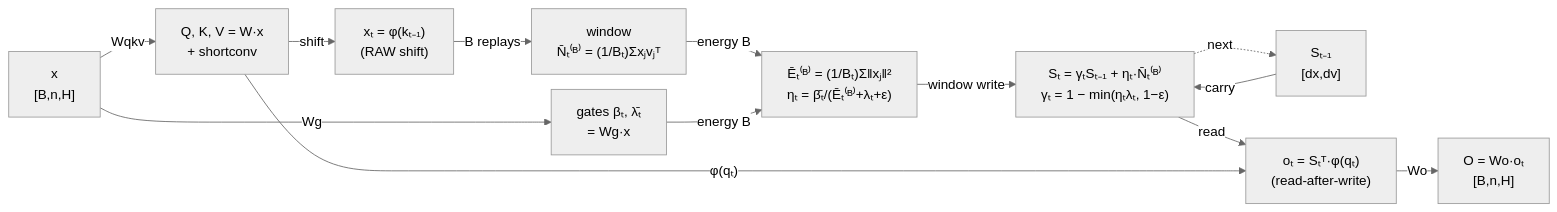
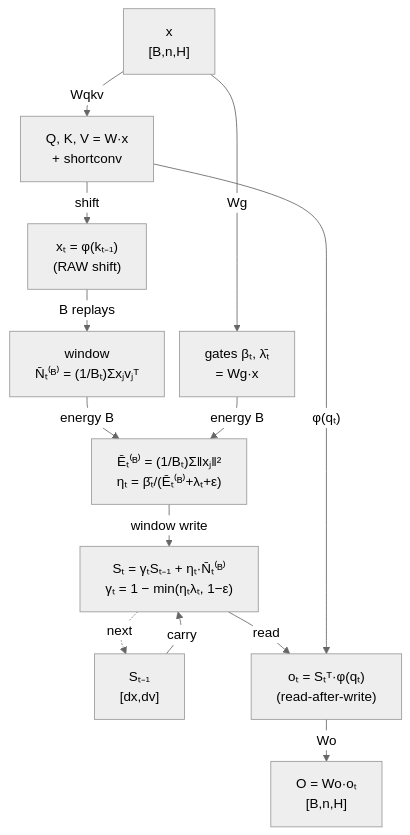
One commit to erickfmm/frankenstein-transformer changed the diagram in docs/paper/figures/mixers/falcon3a.mmd. Above: the diagram before and after it, drawn with Mermaid. The commit also changed 129 other files, not shown here.

First line of the commit message:
docs(paper): render figures top-down and enlarge figure height

```diff
--- a/docs/paper/figures/mixers/falcon3a.mmd
+++ b/docs/paper/figures/mixers/falcon3a.mmd
@@ -1,25 +1,25 @@
-%%{init: {"theme":"neutral","flowchart":{"curve":"basis","nodeSpacing":18,"rankSpacing":26}}}%%
-flowchart LR
+%%{init: {"theme":"neutral","flowchart":{"curve":"basis","nodeSpacing":18,"rankSpacing":26,"useMaxWidth":false}}}%%
+flowchart TD
   x["x<br/>[B,n,H]"]
   qkv["Q, K, V = W·x<br/>+ shortconv"]
   gates["gates βₜ, λ̄ₜ<br/>= Wg·x"]
   xt["xₜ = φ(kₜ₋₁)<br/>(RAW shift)"]
   sp["Sₜ₋₁<br/>[dx,dv]"]
   nbar["window<br/>N̄ₜ⁽ᴮ⁾ = (1/Bₜ)Σxⱼvⱼᵀ"]
   ebar["Ēₜ⁽ᴮ⁾ = (1/Bₜ)Σ‖xⱼ‖²<br/>ηₜ = β̄ₜ/(Ēₜ⁽ᴮ⁾+λₜ+ε)"]
   st["Sₜ = γₜSₜ₋₁ + ηₜ·N̄ₜ⁽ᴮ⁾<br/>γₜ = 1 − min(ηₜλₜ, 1−ε)"]
   ot["oₜ = Sₜᵀ·φ(qₜ)<br/>(read-after-write)"]
   o["O = Wo·oₜ<br/>[B,n,H]"]
 
   x -- "Wqkv" --> qkv
   x -- "Wg" --> gates
   qkv -- "shift" --> xt
   xt -- "B replays" --> nbar
   nbar -- "energy B" --> ebar
   gates -- "energy B" --> ebar
   ebar -- "window write" --> st
   sp -- "carry" --> st
   st -. "next" .-> sp
   st -- "read" --> ot
   qkv -- "φ(qₜ)" --> ot
   ot -- "Wo" --> o
```
